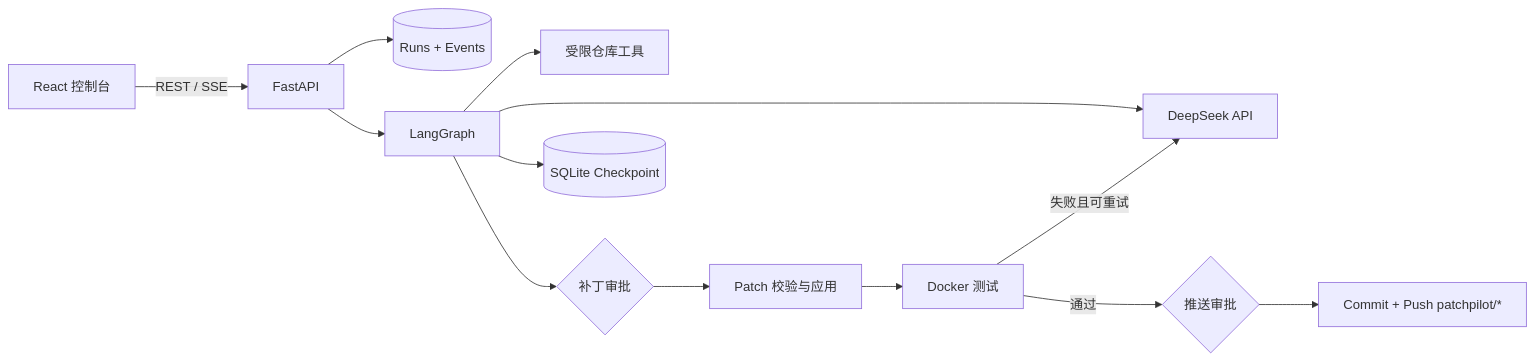
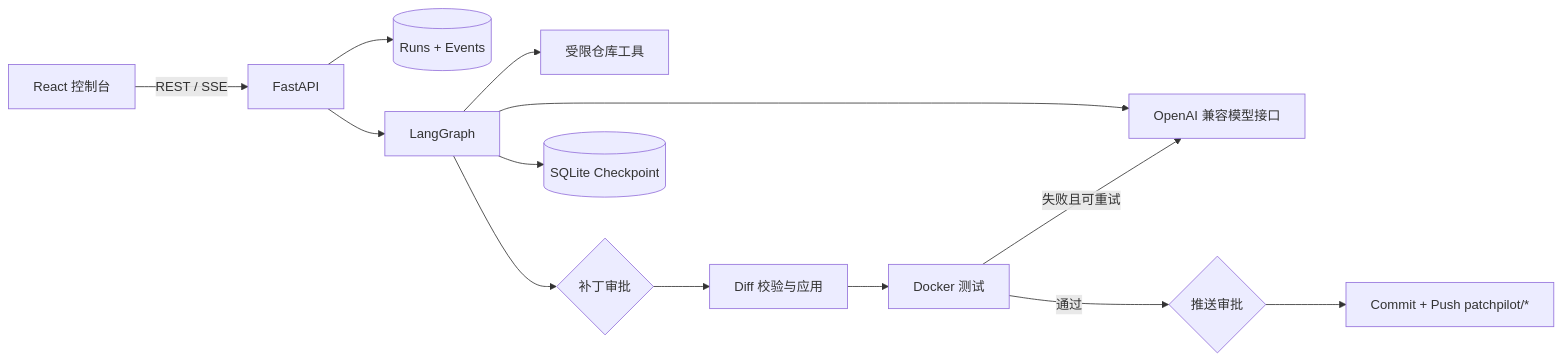
One commit to ongst/Patchpilot changed the diagram in README.md. Above: the diagram before and after it, drawn with Mermaid. The commit also changed other lines of this file and 2 other files, not shown here.

````diff
--- a/README.md
+++ b/README.md
@@ -20,15 +82,15 @@
 ```mermaid
 flowchart LR
     UI[React 控制台] -->|REST / SSE| API[FastAPI]
     API --> DB[(Runs + Events)]
     API --> G[LangGraph]
     G --> T[受限仓库工具]
-    G --> L[DeepSeek API]
+    G --> L[OpenAI 兼容模型接口]
     G --> A1{补丁审批}
-    A1 --> P[Patch 校验与应用]
+    A1 --> P[Diff 校验与应用]
     P --> D[Docker 测试]
     D -->|失败且可重试| L
     D -->|通过| A2{推送审批}
     A2 --> Git[Commit + Push patchpilot/*]
     G --> CP[(SQLite Checkpoint)]
 ```
````
